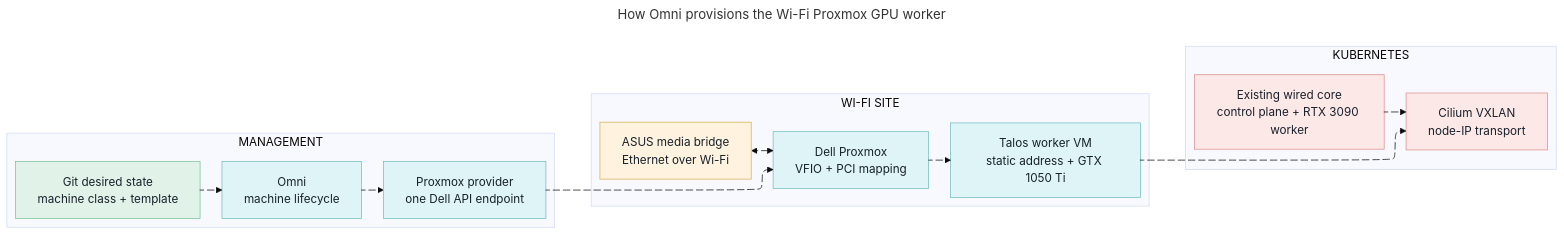
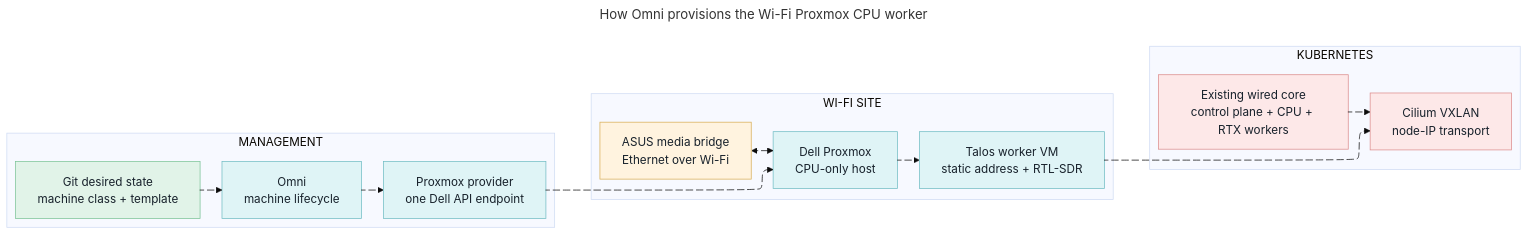
The diagram in docs/diagrams/wifi-proxmox-worker-routing.mmd (mitchross/talos-argocd-proxmox), drawn with Mermaid (base theme) before and after one commit. The commit also changed 25 other files, not shown here.

First line of the commit message:
feat: split Threadripper and Dell workers

```diff
--- a/docs/diagrams/wifi-proxmox-worker-routing.mmd
+++ b/docs/diagrams/wifi-proxmox-worker-routing.mmd
@@ -1,61 +1,61 @@
 ---
-title: How Omni provisions the Wi-Fi Proxmox GPU worker
+title: How Omni provisions the Wi-Fi Proxmox CPU worker
 config:
   layout: elk
 ---
 flowchart LR
-  accTitle: Wi-Fi Proxmox Talos GPU worker architecture
-  accDescr: Git and Omni define a Talos worker request. A Proxmox provider on the management NUC creates a VM on the Dell host, attaches the mapped GTX 1050 Ti, and the worker joins the existing cluster through the ASUS media bridge.
+  accTitle: Wi-Fi Proxmox Talos CPU worker architecture
+  accDescr: Git and Omni define a CPU-only Talos worker request. A Proxmox provider on the management NUC creates a VM on the Dell host and the worker joins the existing cluster through the ASUS media bridge.
 
   subgraph MANAGEMENT["MANAGEMENT"]
     direction LR
     GIT["`Git desired state
     machine class + template`"]
     OMNI["`Omni
     machine lifecycle`"]
     PROVIDER["`Proxmox provider
     one Dell API endpoint`"]
     GIT desired@--> OMNI
     OMNI request@--> PROVIDER
   end
 
   subgraph WIFI["WI-FI SITE"]
     direction LR
     BRIDGE["`ASUS media bridge
     Ethernet over Wi-Fi`"]
     PVE["`Dell Proxmox
-    VFIO + PCI mapping`"]
+    CPU-only host`"]
     VM["`Talos worker VM
-    static address + GTX 1050 Ti`"]
+    static address + RTL-SDR`"]
     BRIDGE link@<--> PVE
     PVE create@--> VM
   end
 
   subgraph CLUSTER["KUBERNETES"]
     direction TB
     CORE["`Existing wired core
-    control plane + RTX 3090 worker`"]
+    control plane + CPU + RTX workers`"]
     VXLAN["`Cilium VXLAN
     node-IP transport`"]
     CORE corePath@--> VXLAN
     VM dellPath@--> VXLAN
   end
 
   PROVIDER provision@--> PVE
 
   classDef action fill:#fde8e8,stroke:#dc8c8c,color:#17212b
   classDef desired fill:#e1f3e8,stroke:#7bc397,color:#17212b
   classDef controller fill:#dff4f6,stroke:#70bcc4,color:#17212b
   classDef external fill:#fff3df,stroke:#d8ad55,color:#17212b
   class GIT desired
   class OMNI,PROVIDER,PVE,VM controller
   class BRIDGE external
   class CORE,VXLAN action
 
   desired@{ animation: slow }
   request@{ animation: fast }
   provision@{ animation: fast }
   link@{ animation: fast }
   create@{ animation: fast }
   corePath@{ animation: slow }
   dellPath@{ animation: slow }
```
